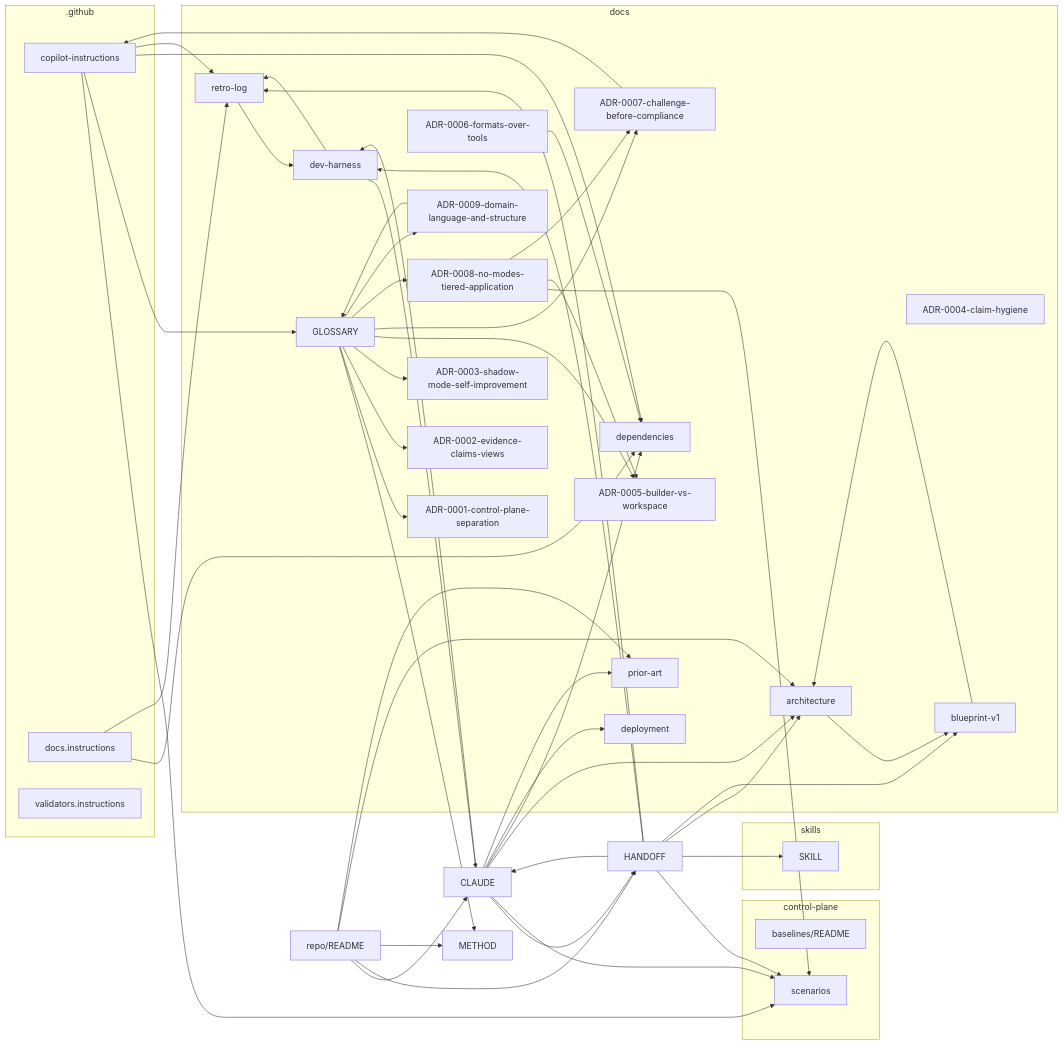
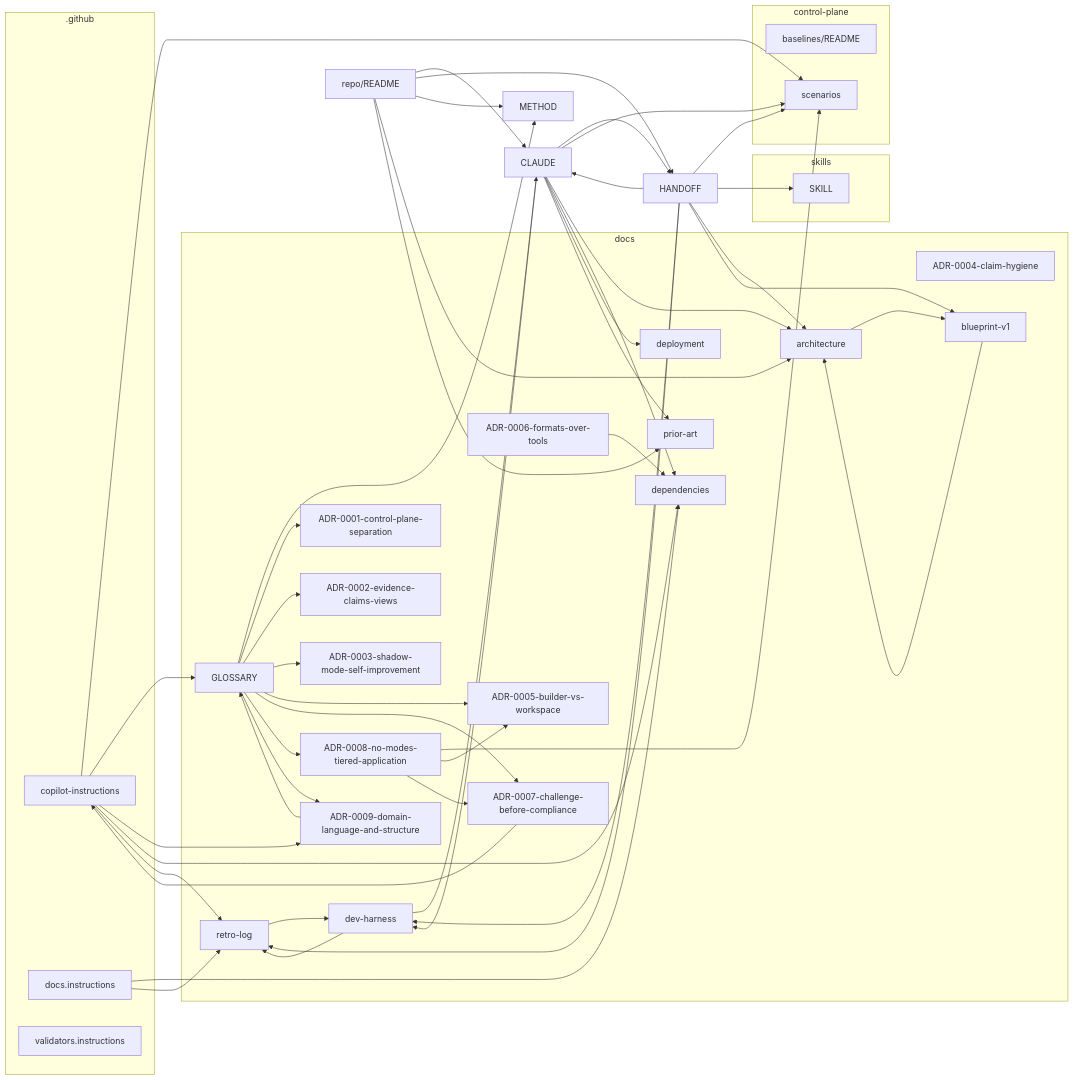
Before and after one commit to boulaajaj/ai-mise: the diagram in docs/mindmap.md, drawn with Mermaid. The commit also changed other lines of this file and 1 other file, not shown here.

Commit message:
Wikilink the ADR-0009 reference in the anti-synonym rule

```diff
--- a/docs/mindmap.md
+++ b/docs/mindmap.md
@@ -43,6 +43,7 @@
   end
   _github_copilot_instructions_md --> control_plane_threat_tests_scenarios_md
   _github_copilot_instructions_md --> docs_GLOSSARY_md
+  _github_copilot_instructions_md --> docs_decisions_ADR_0009_domain_language_and_structure_md
   _github_copilot_instructions_md --> docs_dependencies_md
   _github_copilot_instructions_md --> docs_meta_retro_log_md
   _github_instructions_docs_instructions_md --> docs_dependencies_md
```
